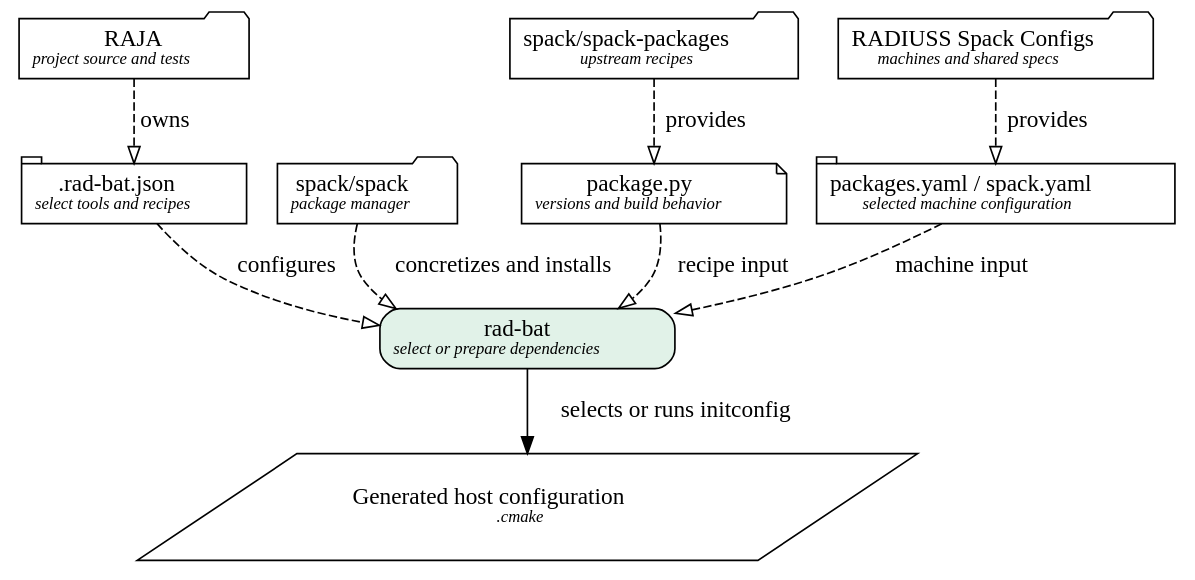
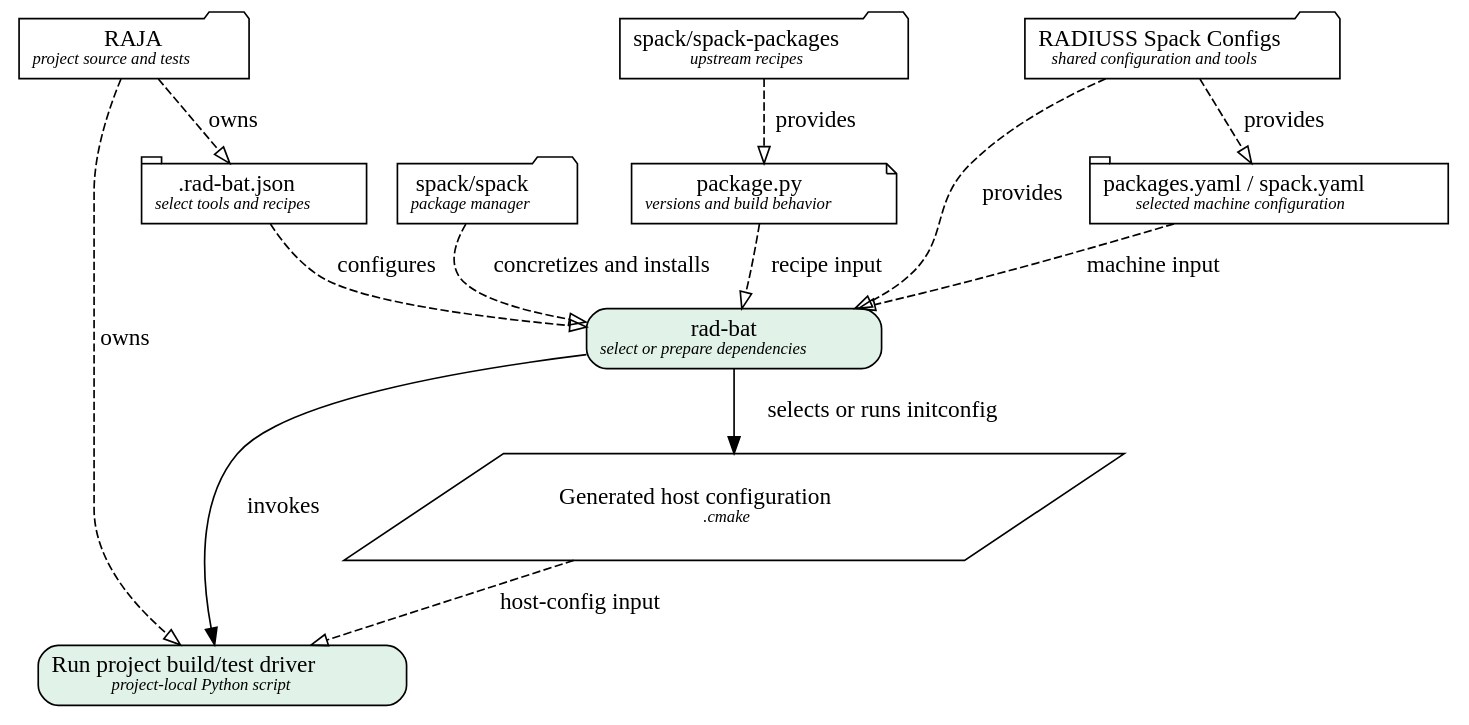
The diagram in docs/sphinx/figures/components.dot (llnl/radiuss-spack-configs), drawn with Graphviz before and after one commit. The commit also changed 1 other file, not shown here.

```diff
--- a/docs/sphinx/figures/components.dot
+++ b/docs/sphinx/figures/components.dot
@@ -1,58 +1,68 @@
 // SPDX-License-Identifier: MIT
 digraph components {
   rankdir=TB;
   project [
     label=<RAJA<BR/><FONT POINT-SIZE="10"><I>project source and tests</I></FONT>>,
     shape=folder,
     fillcolor="#e3edf7"
   ];
   settings [
     label=<.rad-bat.json<BR/><FONT POINT-SIZE="10"><I>select tools and recipes</I></FONT>>,
     shape=tab,
     fillcolor="#eee8f5"
   ];
   spack [
     label=<spack/spack<BR/><FONT POINT-SIZE="10"><I>package manager</I></FONT>>,
     shape=folder,
     fillcolor="#e3edf7"
   ];
   recipes [
     label=<spack/spack-packages<BR/><FONT POINT-SIZE="10"><I>upstream recipes</I></FONT>>,
     shape=folder,
     fillcolor="#e3edf7"
   ];
   recipe [
     label=<package.py<BR/><FONT POINT-SIZE="10"><I>versions and build behavior</I></FONT>>,
     shape=note,
     fillcolor="#fff2cf"
   ];
   configs [
-    label=<RADIUSS Spack Configs<BR/><FONT POINT-SIZE="10"><I>machines and shared specs</I></FONT>>,
+    label=<RADIUSS Spack Configs<BR/><FONT POINT-SIZE="10"><I>shared configuration and tools</I></FONT>>,
     shape=folder,
     fillcolor="#e3edf7"
   ];
   machine [
     label=<packages.yaml / spack.yaml<BR/><FONT POINT-SIZE="10"><I>selected machine configuration</I></FONT>>,
     shape=tab,
     fillcolor="#eee8f5"
   ];
   radbat [
     label=<rad-bat<BR/><FONT POINT-SIZE="10"><I>select or prepare dependencies</I></FONT>>,
     shape=box,
     style="rounded,filled",
     fillcolor="#e1f2e8"
   ];
   host [
     label=<Generated host configuration<BR/><FONT POINT-SIZE="10"><I>.cmake</I></FONT>>,
     shape=parallelogram,
     fillcolor="#dcf2f4"
   ];
+  driver [
+    label=<Run project build/test driver<BR/><FONT POINT-SIZE="10"><I>project-local Python script</I></FONT>>,
+    shape=box,
+    style="rounded,filled",
+    fillcolor="#e1f2e8"
+  ];
   project -> settings [style=dashed, arrowhead=empty, label="owns"];
+  project -> driver [style=dashed, arrowhead=empty, label="owns"];
   settings -> radbat [style=dashed, arrowhead=empty, label="configures"];
   recipes -> recipe [style=dashed, arrowhead=empty, label="provides"];
   configs -> machine [style=dashed, arrowhead=empty, label="provides"];
+  configs -> radbat [style=dashed, arrowhead=empty, label="provides"];
   spack -> radbat [style=dashed, arrowhead=empty, label="concretizes and installs"];
   recipe -> radbat [style=dashed, arrowhead=empty, label="recipe input"];
   machine -> radbat [style=dashed, arrowhead=empty, label="machine input"];
   radbat -> host [label="selects or runs initconfig"];
+  radbat -> driver [label="invokes"];
+  host -> driver [style=dashed, arrowhead=empty, label="host-config input"];
 }
```
